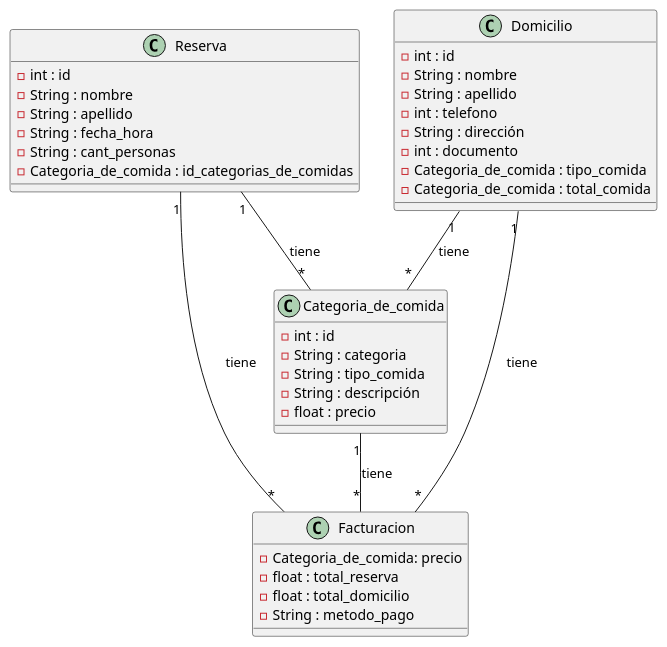
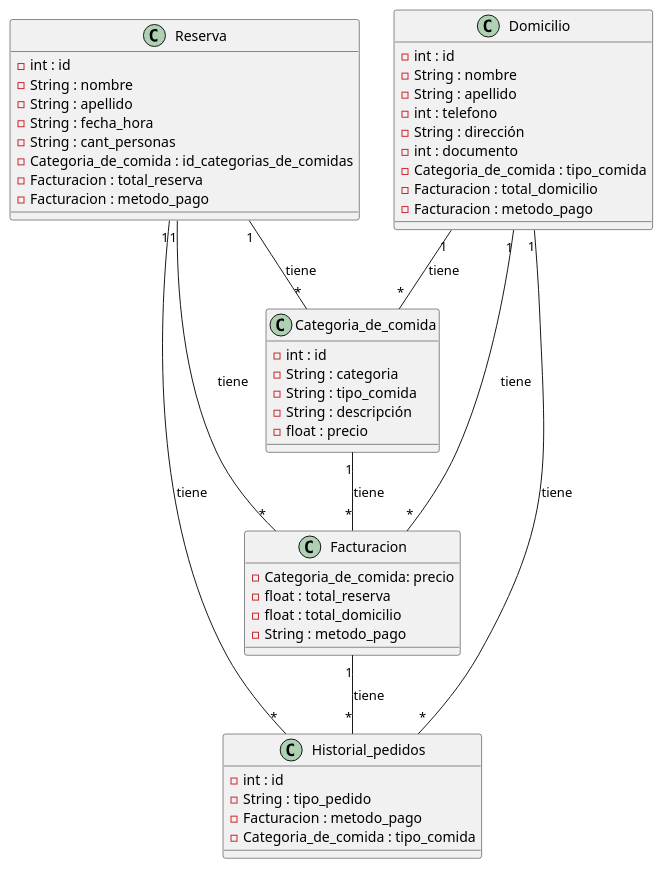
Before and after one commit to VMbrand/ANDRES-BURGUER: the diagram in jojo/base.wsd, drawn with PlantUML. The commit also changed 2 other files, not shown here.

```diff
--- a/jojo/base.wsd
+++ b/jojo/base.wsd
@@ -45,44 +45,57 @@
 @startuml BaseDatos
 
 class Categoria_de_comida{
     - int : id
     - String : categoria
     - String : tipo_comida
     - String : descripción
     - float : precio
 }
 
 class Facturacion{
     - Categoria_de_comida: precio
     - float : total_reserva
     - float : total_domicilio
     - String : metodo_pago
 }
 
+class Historial_pedidos{
+    - int : id
+    - String : tipo_pedido
+    - Facturacion : metodo_pago
+    - Categoria_de_comida : tipo_comida
+}
+
 class Reserva{
     - int : id
     - String : nombre
     - String : apellido
     - String : fecha_hora
     - String : cant_personas
-    - Categoria_de_comida : id_categorias_de_comidas 
+    - Categoria_de_comida : id_categorias_de_comidas
+    - Facturacion : total_reserva
+    - Facturacion : metodo_pago
 }
 
 class Domicilio{
     - int : id
     - String : nombre
     - String : apellido
     - int : telefono
     - String : dirección
     - int : documento
     - Categoria_de_comida : tipo_comida
-    - Categoria_de_comida : total_comida
+    - Facturacion : total_domicilio
+    - Facturacion : metodo_pago
 }
 
 Categoria_de_comida "1" -- "*" Facturacion : tiene
 Reserva "1" -- "*" Categoria_de_comida : tiene
 Domicilio "1" -- "*" Categoria_de_comida : tiene
 Reserva "1" -- "*" Facturacion : tiene
 Domicilio "1" -- "*" Facturacion : tiene
+Facturacion "1" -- "*" Historial_pedidos : tiene
+Reserva "1" -- "*" Historial_pedidos : tiene
+Domicilio "1" -- "*" Historial_pedidos : tiene 
 
 @enduml
```
